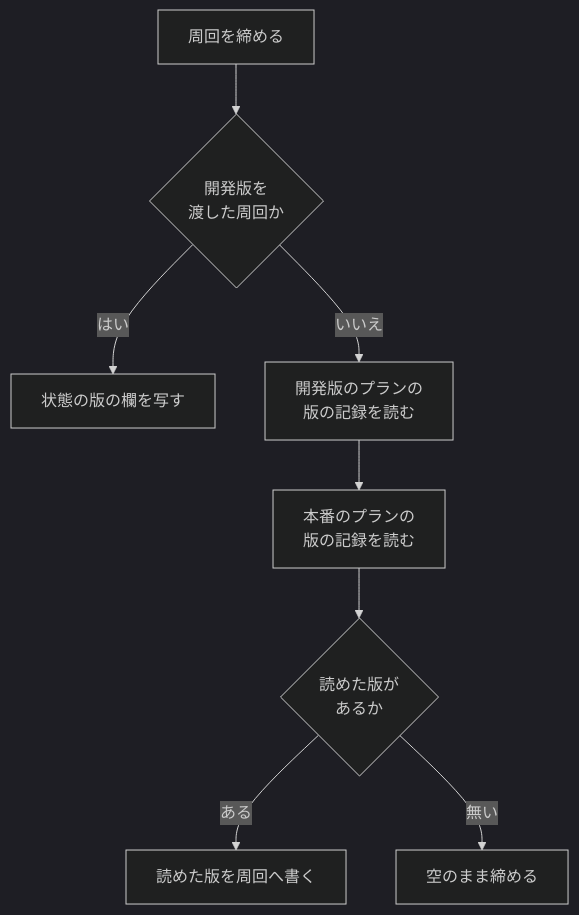
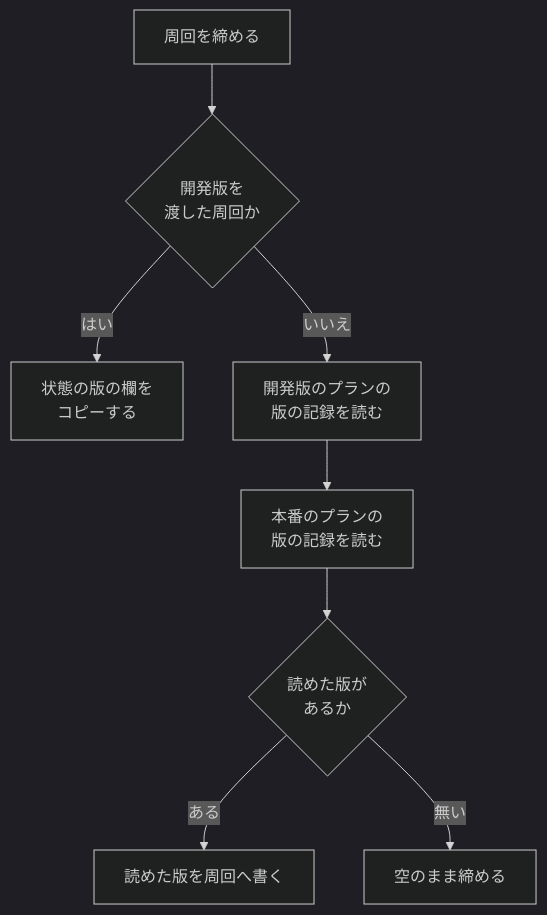
One commit to devbasex/ai-plugins changed the fifth of 5 diagrams in issues/issue-2354-design.md. Above: the diagram before and after it, drawn with Mermaid (dark theme). The commit also changed other lines of this file, not shown here.

````diff
--- a/issues/issue-2354-design.md
+++ b/issues/issue-2354-design.md
@@ -252,10 +286,10 @@
 ```mermaid
 graph TD
     A[周回を締める] --> B{開発版を<br/>渡した周回か}
-    B -->|はい| C[状態の版の欄を写す]
+    B -->|はい| C[状態の版の欄を<br/>コピーする]
     B -->|いいえ| D[開発版のプランの<br/>版の記録を読む]
     D --> E[本番のプランの<br/>版の記録を読む]
     E --> F{読めた版が<br/>あるか}
     F -->|ある| G[読めた版を周回へ書く]
     F -->|無い| H[空のまま締める]
 ```
````
